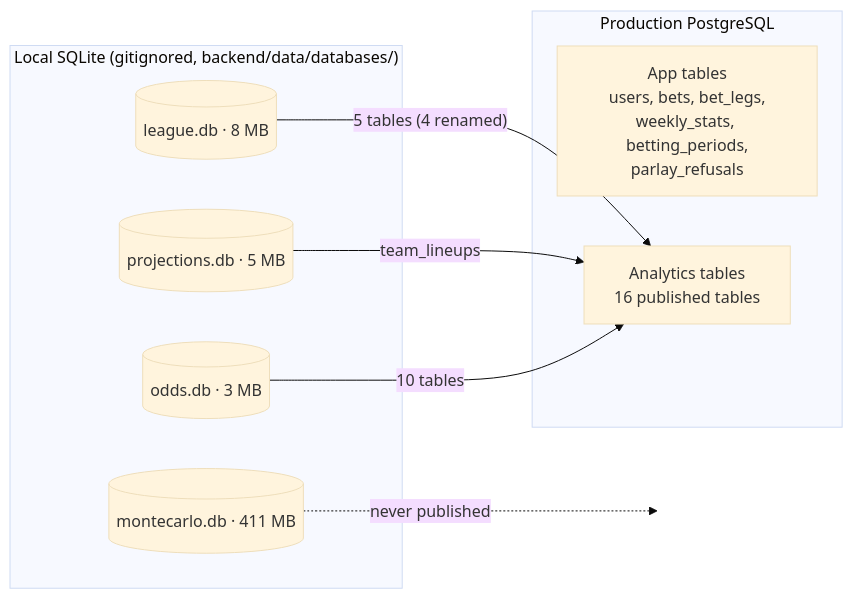
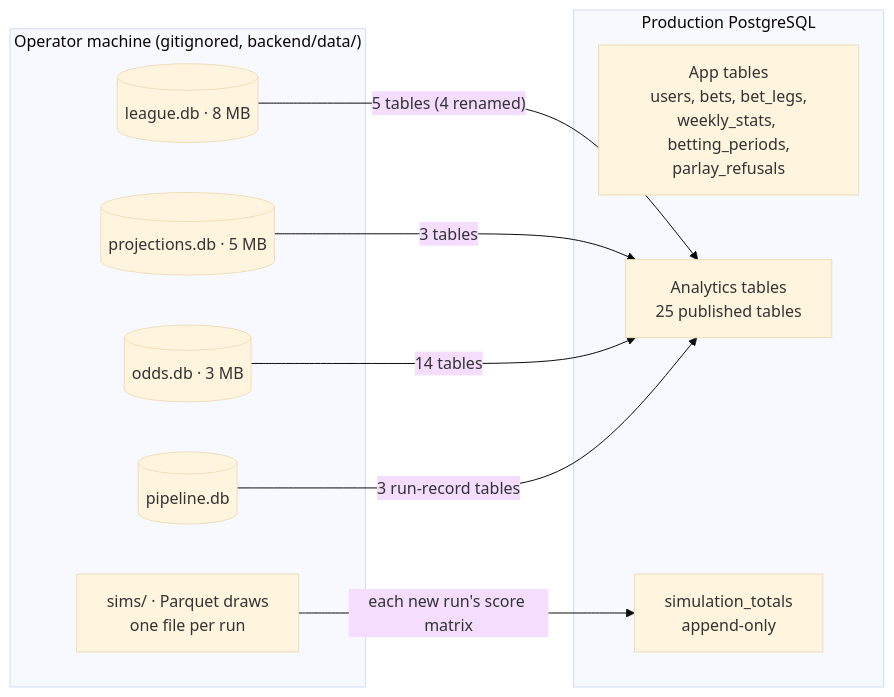
Before and after one commit to sfaizi24/TNCasino: the first of 3 diagrams in docs/architecture/04-data-model.md, drawn with Mermaid (base theme). The commit also changed other lines of this file and 3 other files, not shown here.

````diff
--- a/docs/architecture/04-data-model.md
+++ b/docs/architecture/04-data-model.md
@@ -7,18 +7,20 @@
 ```mermaid
 flowchart LR
-    subgraph SQLite["Local SQLite (gitignored, backend/data/databases/)"]
+    subgraph Local["Operator machine (gitignored, backend/data/)"]
         L[(league.db · 8 MB)]
         P[(projections.db · 5 MB)]
         O[(odds.db · 3 MB)]
-        M[(montecarlo.db · 411 MB)]
+        R[(pipeline.db)]
+        D["sims/ · Parquet draws<br/>one file per run"]
     end
     subgraph PG["Production PostgreSQL"]
         APPT[App tables<br/>users, bets, bet_legs,<br/>weekly_stats, betting_periods,<br/>parlay_refusals]
-        ANT[Analytics tables<br/>16 published tables]
+        ANT[Analytics tables<br/>25 published tables]
+        TOT[simulation_totals<br/>append-only]
     end
     L -- "5 tables (4 renamed)" --> ANT
-    P -- team_lineups --> ANT
-    O -- 10 tables --> ANT
-    M -. never published .-> X[ ]
-    style X fill:none,stroke:none
+    P -- "3 tables" --> ANT
+    O -- "14 tables" --> ANT
+    R -- "3 run-record tables" --> ANT
+    D -- "each new run's score matrix" --> TOT
 ```
````
